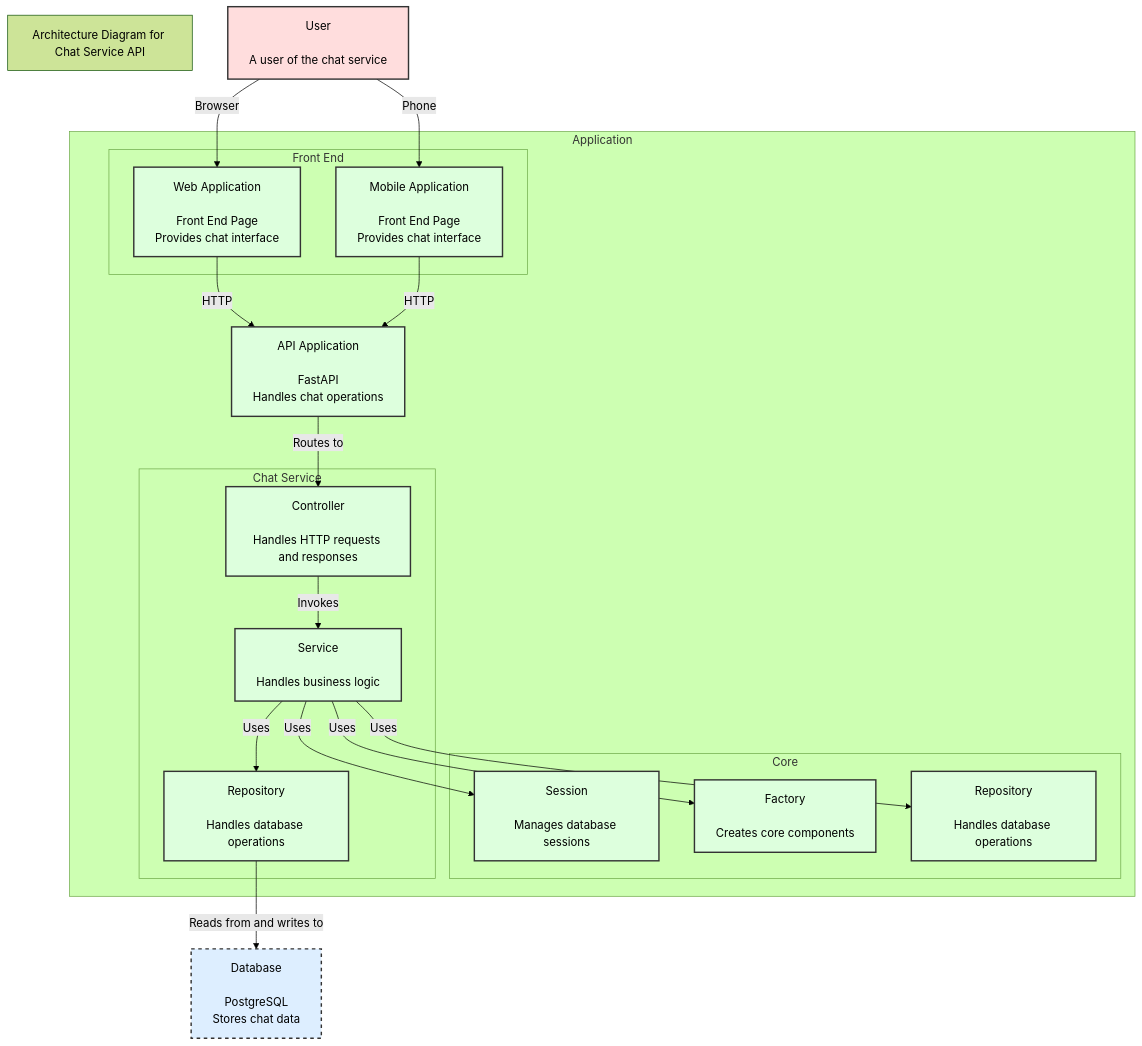
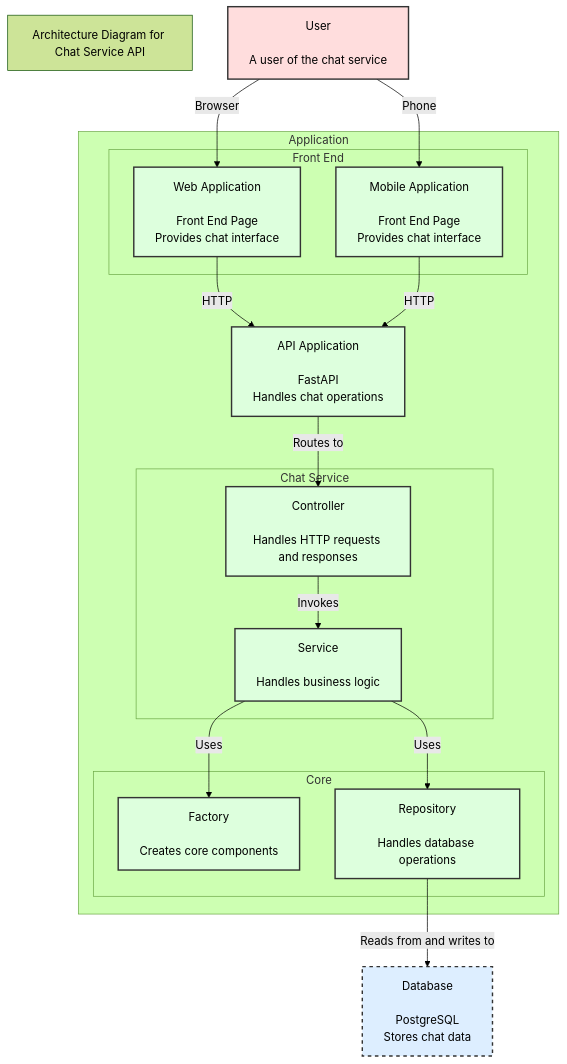
Before and after one commit to duchuyvp/skindex-test: the diagram in docs/c4component.mmd, drawn with Mermaid (forest theme).

Commit message:
refactor: Add cleanup listener for room disconnection

```diff
--- a/docs/c4component.mmd
+++ b/docs/c4component.mmd
@@ -1,44 +1,40 @@
 flowchart TB
     %% Title
     title["Architecture Diagram for Chat Service API"]
     
     %% Define styles
     classDef person fill:#ffdddd,stroke:#333,stroke-width:2px;
     classDef database fill:#ddeeff,stroke:#333,stroke-width:2px,stroke-dasharray: 5;
     classDef container fill:#ddffdd,stroke:#333,stroke-width:2px;
     classDef boundary stroke:#999,stroke-width:2px,stroke-dasharray: 3;
     
     %% Define elements
     user["User\n\nA user of the chat service"]:::person
     database["Database\n\nPostgreSQL\nStores chat data"]:::database
     
     subgraph Application_Boundary["Application"]
         subgraph Front_End["Front End"]
             web_app["Web Application\n\nFront End Page\nProvides chat interface"]:::container
             mobile_app["Mobile Application\n\nFront End Page\nProvides chat interface"]:::container
         end
         api_service["API Application\n\nFastAPI\nHandles chat operations"]:::container
         subgraph Core["Core"]
-            core_session["Session\n\nManages database sessions"]:::container
             core_factory["Factory\n\nCreates core components"]:::container
             core_repository["Repository\n\nHandles database operations"]:::container
         end
         subgraph Chat_Service["Chat Service"]
             chat_controller["Controller\n\nHandles HTTP requests and responses"]:::container
             chat_service["Service\n\nHandles business logic"]:::container
-            chat_repository["Repository\n\nHandles database operations"]:::container
         end
     end
     
     %% Define relationships
     user -->|Browser| web_app
     user -->|Phone| mobile_app
     web_app -->|HTTP| api_service
     mobile_app -->|HTTP| api_service
     api_service -->|Routes to| chat_controller
     chat_controller -->|Invokes| chat_service
-    chat_service -->|Uses| chat_repository
-    chat_repository -->|Reads from and writes to| database
-    chat_service -->|Uses| core_session
+    core_repository -->|Reads from and writes to| database
     chat_service -->|Uses| core_factory
     chat_service -->|Uses| core_repository
```
